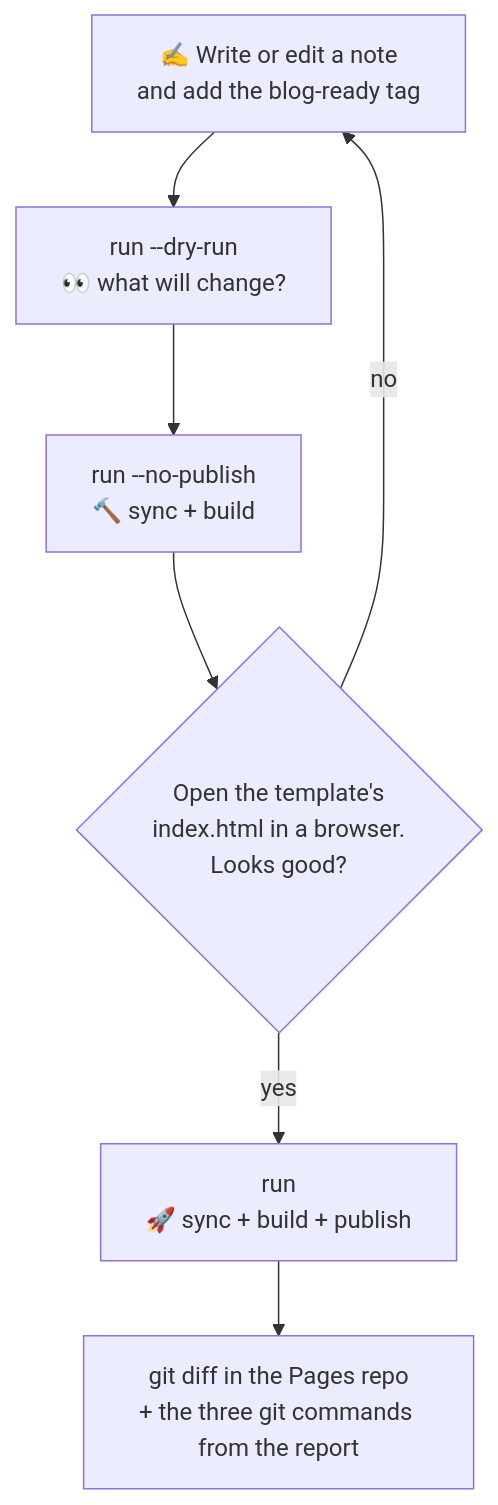
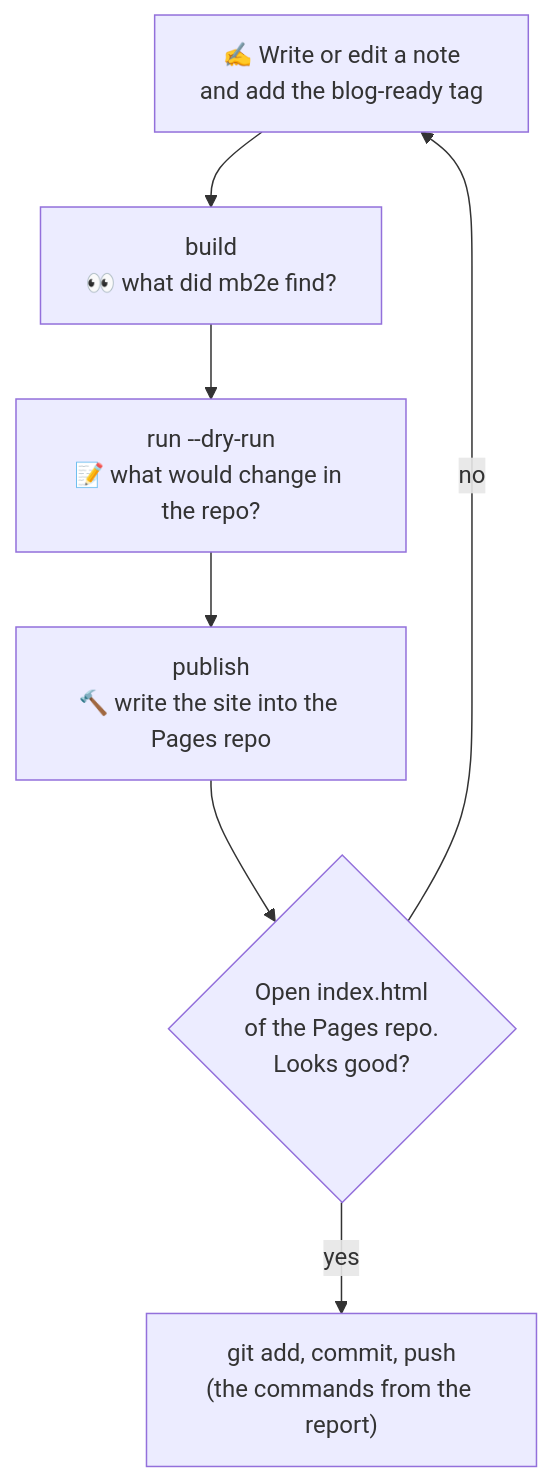
Before and after one commit to mbero/mb2e: the second of 3 diagrams in README.md, drawn with Mermaid. The commit also changed other lines of this file and 77 other files, not shown here.

First line of the commit message:
refactor: reduce mb2e to three paths and generate data.js for mbs-blog

````diff
--- a/README.md
+++ b/README.md
@@ -140,9 +172,9 @@
 ```mermaid
 flowchart TD
-    A["✍️ Write or edit a note<br/>and add the blog-ready tag"] --> B["run --dry-run<br/>👀 what will change?"]
-    B --> C["run --no-publish<br/>🔨 sync + build"]
-    C --> D{"Open the template's<br/>index.html in a browser.<br/>Looks good?"}
-    D -- no --> A
-    D -- yes --> E["run<br/>🚀 sync + build + publish"]
-    E --> F["git diff in the Pages repo<br/>+ the three git commands from the report"]
+    A["✍️ Write or edit a note<br/>and add the blog-ready tag"] --> B["build<br/>👀 what did mb2e find?"]
+    B --> C["run --dry-run<br/>📝 what would change in the repo?"]
+    C --> D["publish<br/>🔨 write the site into the Pages repo"]
+    D --> E{"Open index.html<br/>of the Pages repo.<br/>Looks good?"}
+    E -- no --> A
+    E -- yes --> F["git add, commit, push<br/>(the commands from the report)"]
 ```
````
